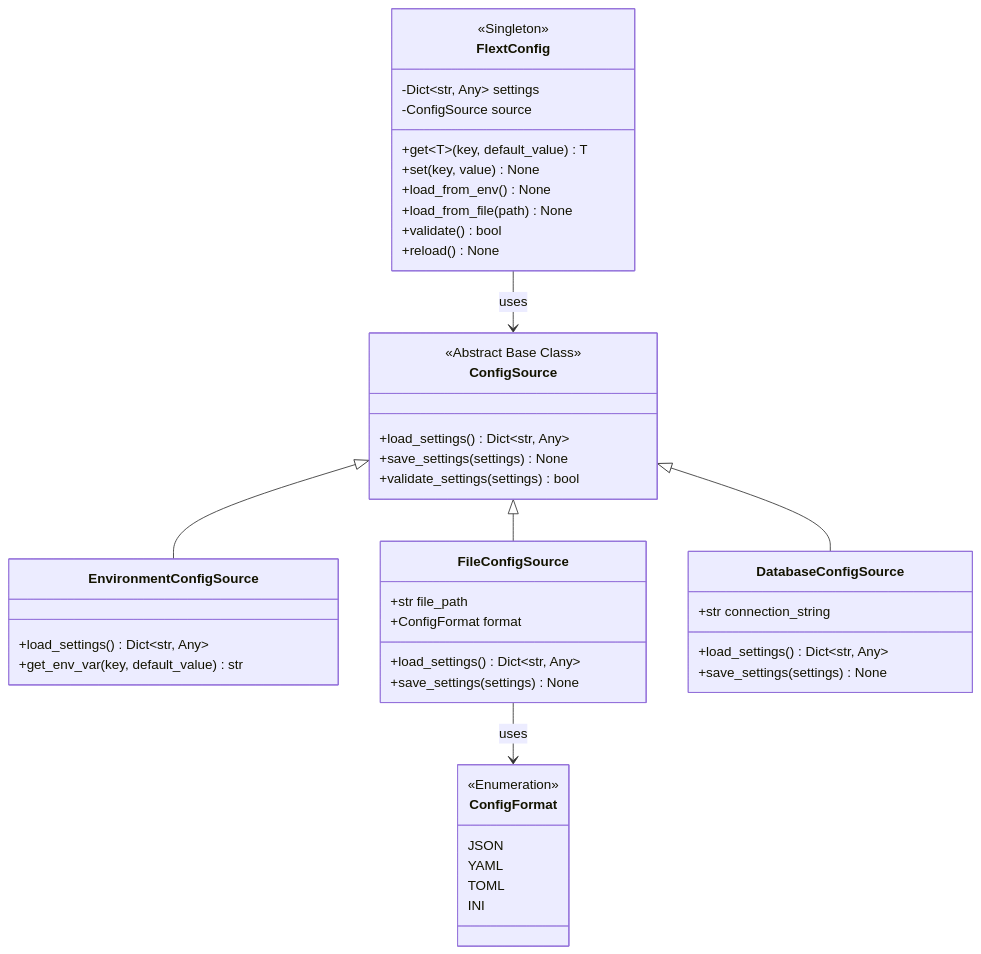
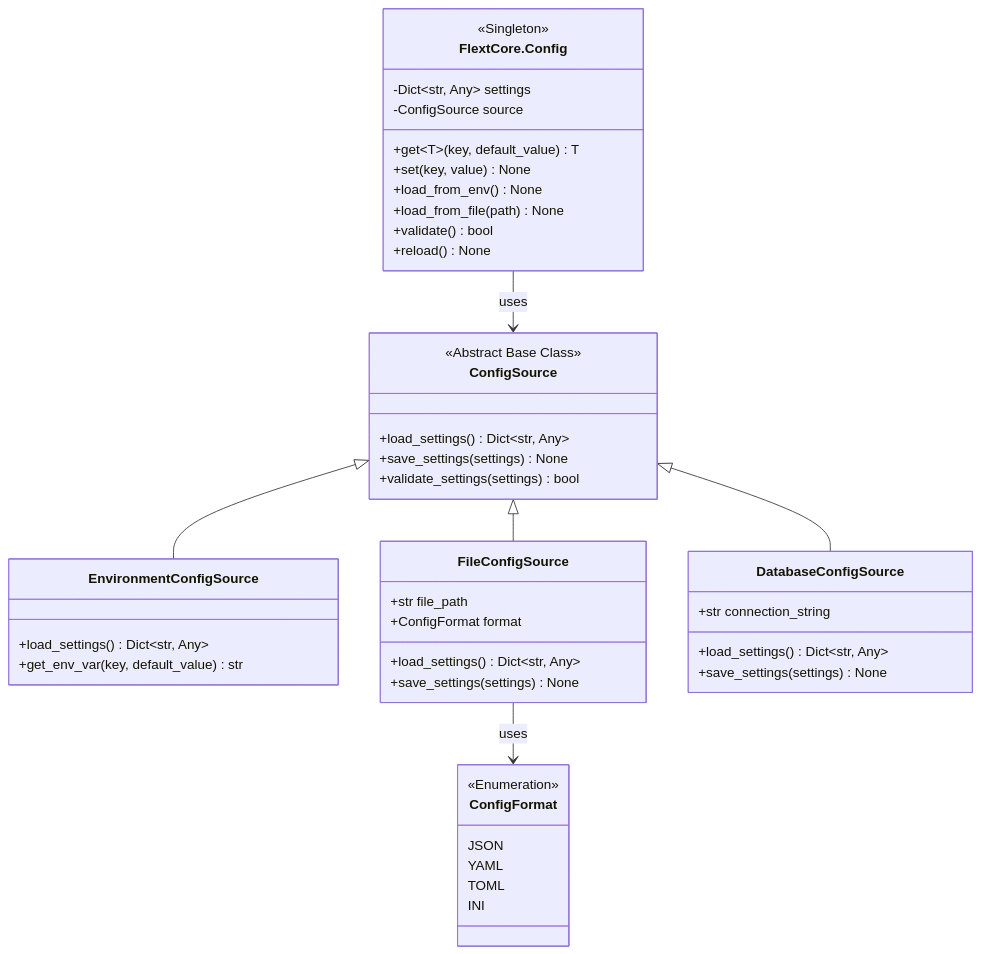
The ninth of 10 diagrams in docs/architecture/c4-model/code-diagrams.md (flext-sh/flext), drawn with Mermaid before and after one commit. The commit also changed other lines of this file and 204 other files, not shown here.

````diff
--- a/docs/architecture/c4-model/code-diagrams.md
+++ b/docs/architecture/c4-model/code-diagrams.md
@@ -421,53 +421,53 @@
 ```mermaid
 classDiagram
-    class FlextConfig {
+    class FlextCore.Config {
         <<Singleton>>
         -Dict~str, Any~ settings
         -ConfigSource source
         +get~T~(key, default_value) T
         +set(key, value) None
         +load_from_env() None
         +load_from_file(path) None
         +validate() bool
         +reload() None
     }
-    
+
     class ConfigSource {
         <<Abstract Base Class>>
         +load_settings() Dict~str, Any~
         +save_settings(settings) None
         +validate_settings(settings) bool
     }
-    
+
     class EnvironmentConfigSource {
         +load_settings() Dict~str, Any~
         +get_env_var(key, default_value) str
     }
-    
+
     class FileConfigSource {
         +str file_path
         +ConfigFormat format
         +load_settings() Dict~str, Any~
         +save_settings(settings) None
     }
-    
+
     class DatabaseConfigSource {
         +str connection_string
         +load_settings() Dict~str, Any~
         +save_settings(settings) None
     }
-    
+
     class ConfigFormat {
         <<Enumeration>>
         JSON
         YAML
         TOML
         INI
     }
-    
-    FlextConfig --> ConfigSource : uses
+
+    FlextCore.Config --> ConfigSource : uses
     ConfigSource <|-- EnvironmentConfigSource
     ConfigSource <|-- FileConfigSource
     ConfigSource <|-- DatabaseConfigSource
     FileConfigSource --> ConfigFormat : uses
 ```
````
